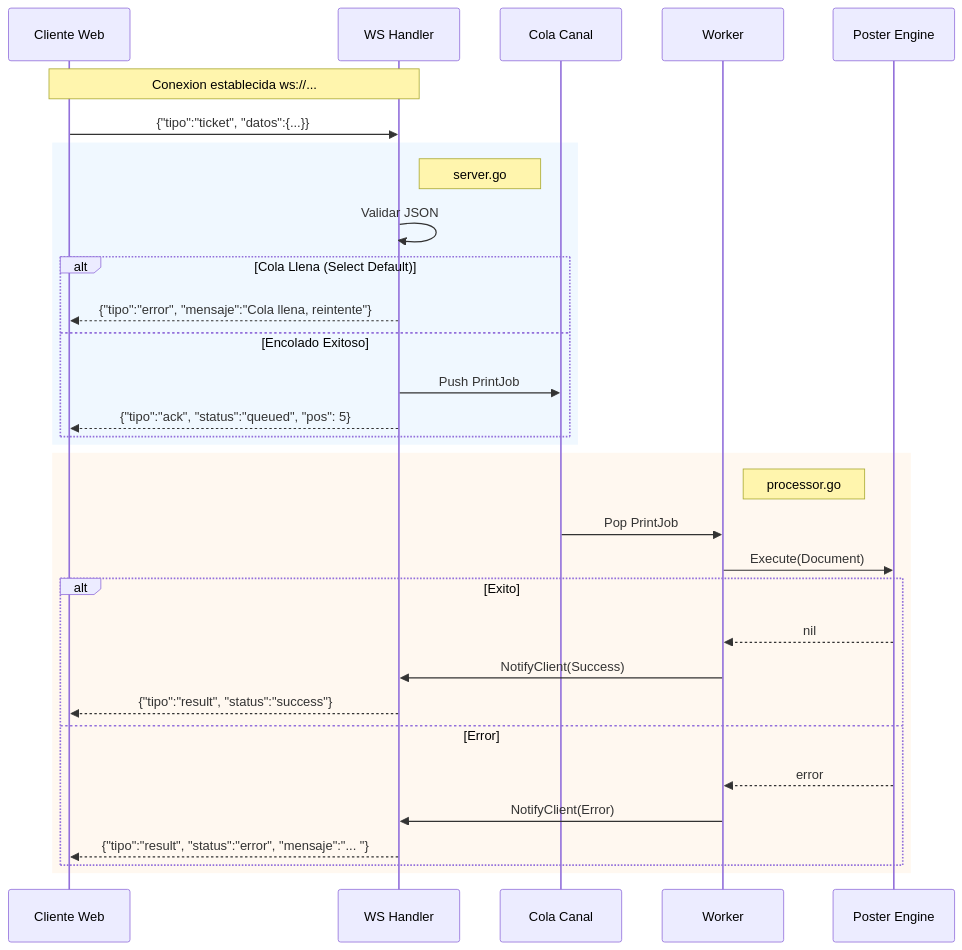
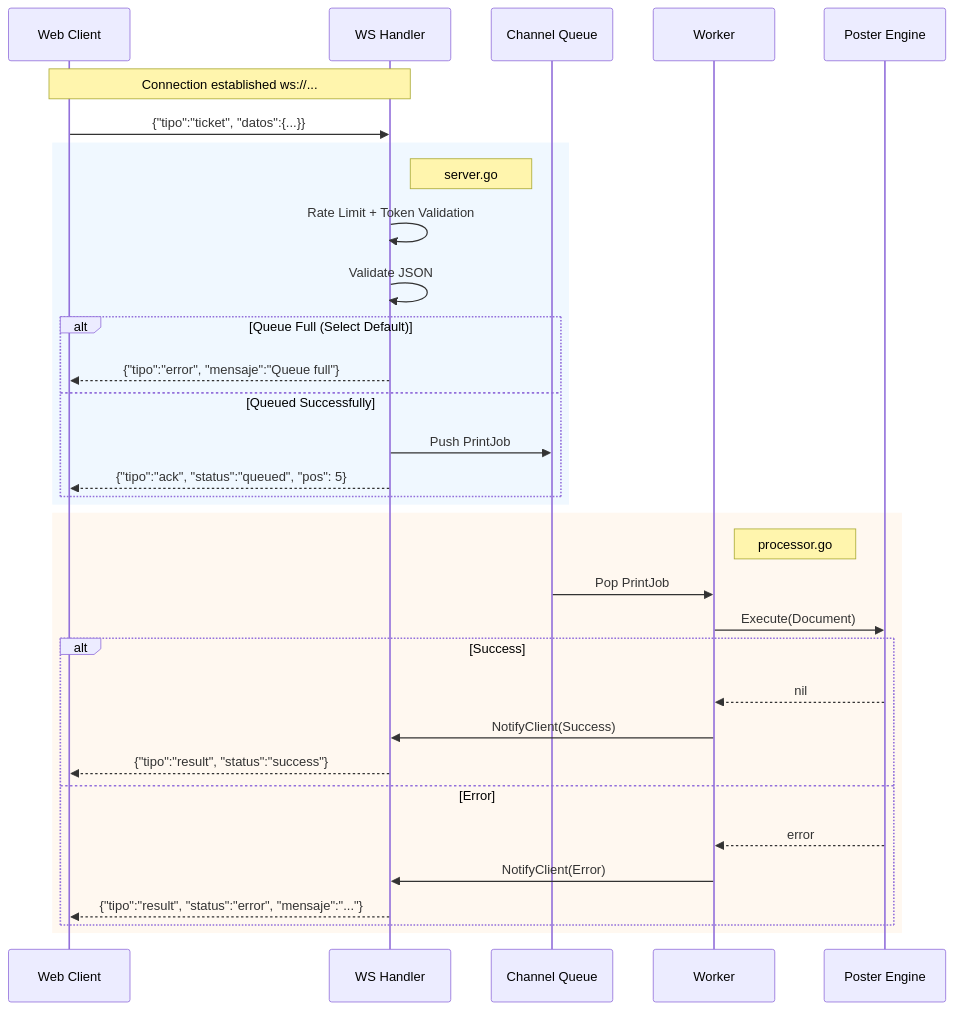
One commit to adcondev/ticket-daemon changed the second of 2 diagrams in README.md. Above: the diagram before and after it, drawn with Mermaid. The commit also changed other lines of this file and 2 other files, not shown here.

````diff
--- a/README.md
+++ b/README.md
@@ -98,38 +74,39 @@
 ```mermaid
 sequenceDiagram
-    participant C as Cliente Web
+    participant C as Web Client
     participant H as WS Handler
-    participant Q as Cola Canal
+    participant Q as Channel Queue
     participant W as Worker
     participant P as Poster Engine
-    Note over C, H: Conexion establecida ws://...
-    C ->> H: {"tipo":"ticket", "datos":{...}}
+    Note over C, H: Connection established ws://...
+    C ->>H: {"tipo":"ticket", "datos":{...}}
 
     rect rgb(240, 248, 255)
         Note right of H: server.go
-        H ->> H: Validar JSON
+        H ->>H: Rate Limit + Token Validation
+        H ->>H: Validate JSON
 
-        alt Cola Llena (Select Default)
-            H -->> C: {"tipo":"error", "mensaje":"Cola llena, reintente"}
-        else Encolado Exitoso
-            H ->> Q: Push PrintJob
-            H -->> C: {"tipo":"ack", "status":"queued", "pos": 5}
+        alt Queue Full (Select Default)
+            H -->>C: {"tipo":"error", "mensaje":"Queue full"}
+        else Queued Successfully
+            H ->>Q: Push PrintJob
+            H -->>C: {"tipo":"ack", "status":"queued", "pos": 5}
         end
     end
 
     rect rgb(255, 248, 240)
         Note right of W: processor.go
-        Q ->> W: Pop PrintJob
-        W ->> P: Execute(Document)
+        Q ->>W: Pop PrintJob
+        W ->>P: Execute(Document)
 
-        alt Exito
-            P -->> W: nil
-            W ->> H: NotifyClient(Success)
-            H -->> C: {"tipo":"result", "status":"success"}
+        alt Success
+            P -->>W: nil
+            W ->>H: NotifyClient(Success)
+            H -->>C: {"tipo":"result", "status":"success"}
         else Error
-            P -->> W: error
-            W ->> H: NotifyClient(Error)
-            H -->> C: {"tipo":"result", "status":"error", "mensaje":"... "}
+            P -->>W: error
+            W ->>H: NotifyClient(Error)
+            H -->>C: {"tipo":"result", "status":"error", "mensaje":"..."}
         end
     end
 ```
````
